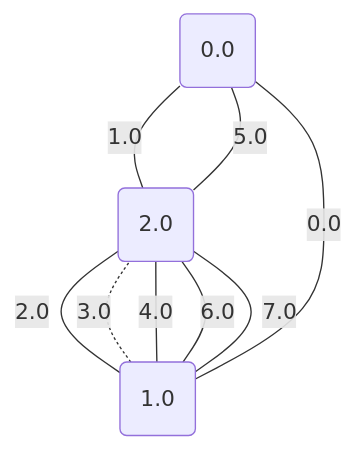
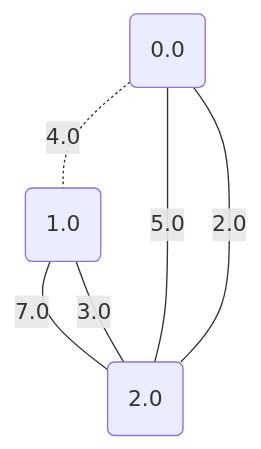
One commit to metury/graphs changed diagram 16 of 17 in project/src/testing/showcase/minCutPetersen.md. Above: the diagram before and after it, drawn with Mermaid. The commit also changed other lines of this file and 34 other files, not shown here.

````diff
--- a/project/src/testing/showcase/minCutPetersen.md
+++ b/project/src/testing/showcase/minCutPetersen.md
@@ -394,14 +394,11 @@
 ```mermaid
 graph TD;
 	0("0.0");
 	1("1.0");
 	2("2.0");
-	1 -- "0.0" --- 0;
-	0 -- "1.0" --- 2;
-	2 -- "2.0" --- 1;
-	1 -. "3.0" -.- 2;
-	1 -- "4.0" --- 2;
+	2 -- "2.0" --- 0;
+	2 -- "3.0" --- 1;
+	0 -. "4.0" -.- 1;
 	0 -- "5.0" --- 2;
-	1 -- "6.0" --- 2;
 	1 -- "7.0" --- 2;
 ```
````
